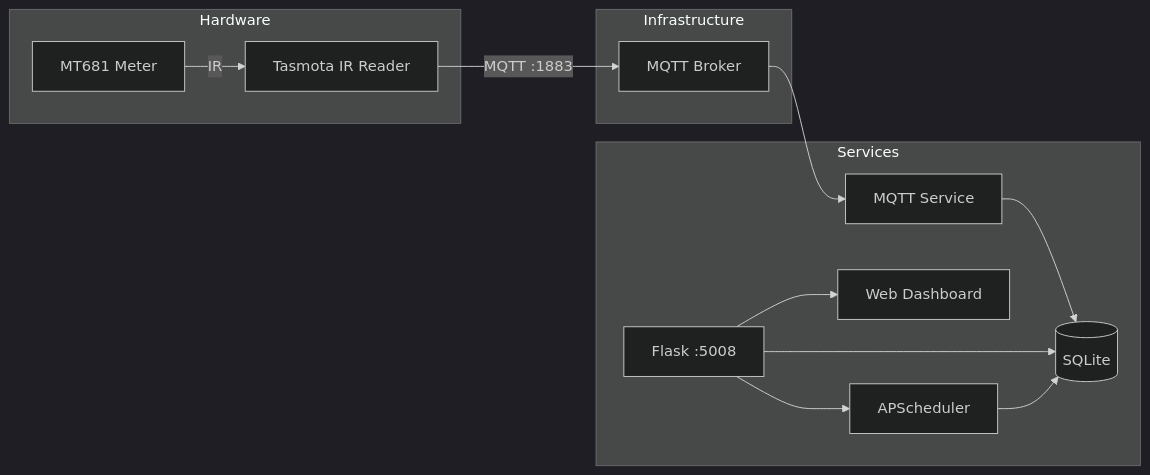
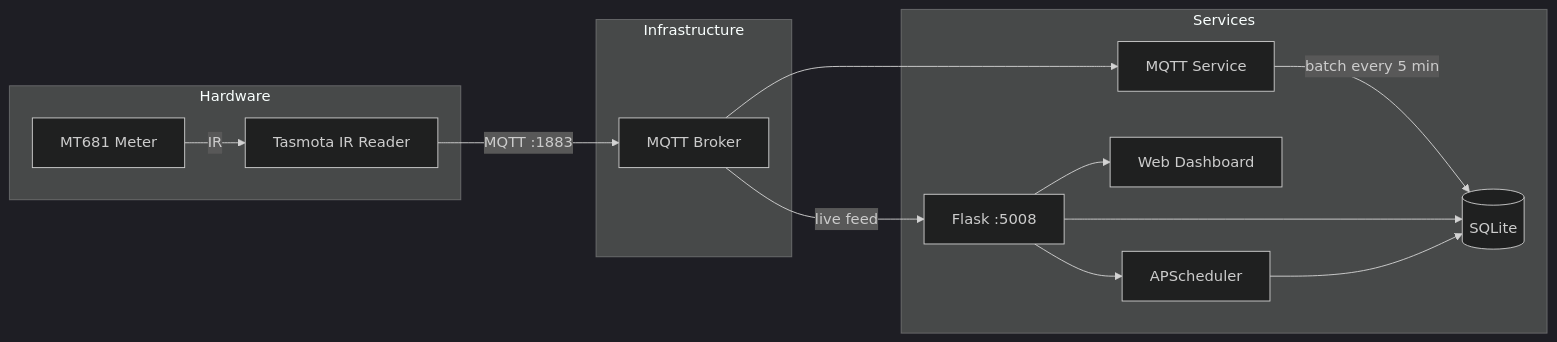
The diagram in README.md (momonala/energy-monitor), drawn with Mermaid (dark theme) before and after one commit. The commit also changed other lines of this file and 3 other files, not shown here.

Commit message:
fix(live): keep the live feed alive on bad payloads and document batched writes

````diff
--- a/README.md
+++ b/README.md
@@ -113,17 +113,18 @@
 ```mermaid
 flowchart LR
     subgraph Hardware
         Meter[MT681 Meter] -->|IR| Tasmota[Tasmota IR Reader]
     end
     subgraph Infrastructure
         Tasmota -->|MQTT :1883| Broker[MQTT Broker]
     end
     subgraph Services
         Broker --> MQTT[MQTT Service]
-        MQTT --> DB[(SQLite)]
+        Broker -->|live feed| Flask
+        MQTT -->|batch every 5 min| DB[(SQLite)]
         Flask[Flask :5008] --> DB
         Flask --> UI[Web Dashboard]
         Flask --> Scheduler[APScheduler]
         Scheduler --> DB
     end
 ```
````
